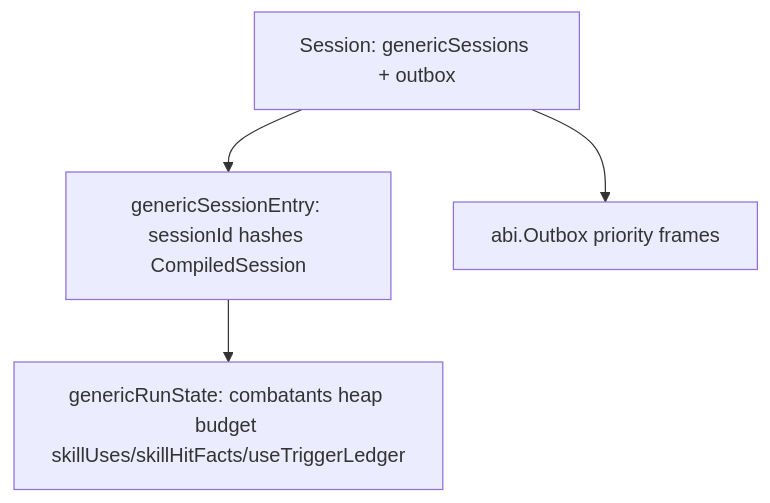
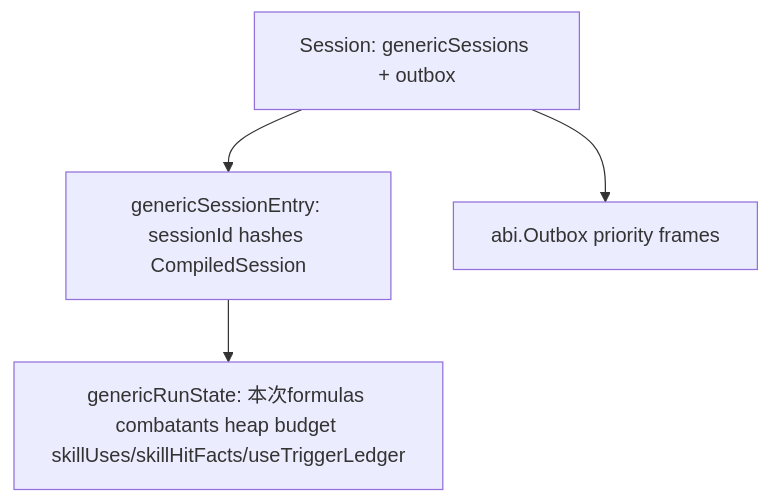
The fourth of 4 diagrams in wasm/tinygo_engine_v2/ARCHITECTURE.md (JeanbartBiubiu/damage_viewer_project_planning), drawn with Mermaid before and after one commit. The commit also changed other lines of this file and 136 other files, not shown here.

````diff
--- a/wasm/tinygo_engine_v2/ARCHITECTURE.md
+++ b/wasm/tinygo_engine_v2/ARCHITECTURE.md
@@ -109,11 +128,11 @@
 ```mermaid
 graph TD
     Session["Session: genericSessions + outbox"]
     Entry["genericSessionEntry: sessionId hashes CompiledSession"]
-    State["genericRunState: combatants heap budget skillUses/skillHitFacts/useTriggerLedger"]
+    State["genericRunState: 本次formulas combatants heap budget skillUses/skillHitFacts/useTriggerLedger"]
     Outbox["abi.Outbox priority frames"]
 
     Session --> Entry
     Session --> Outbox
     Entry --> State
 ```
````
